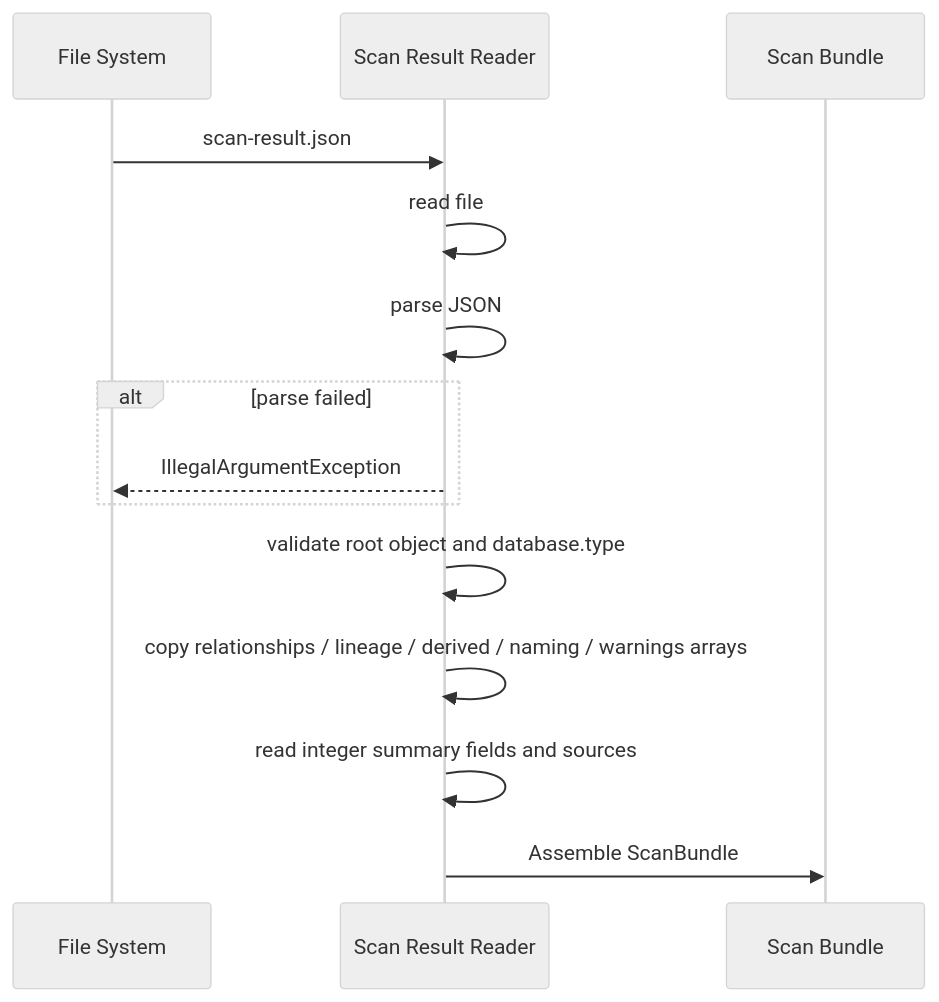
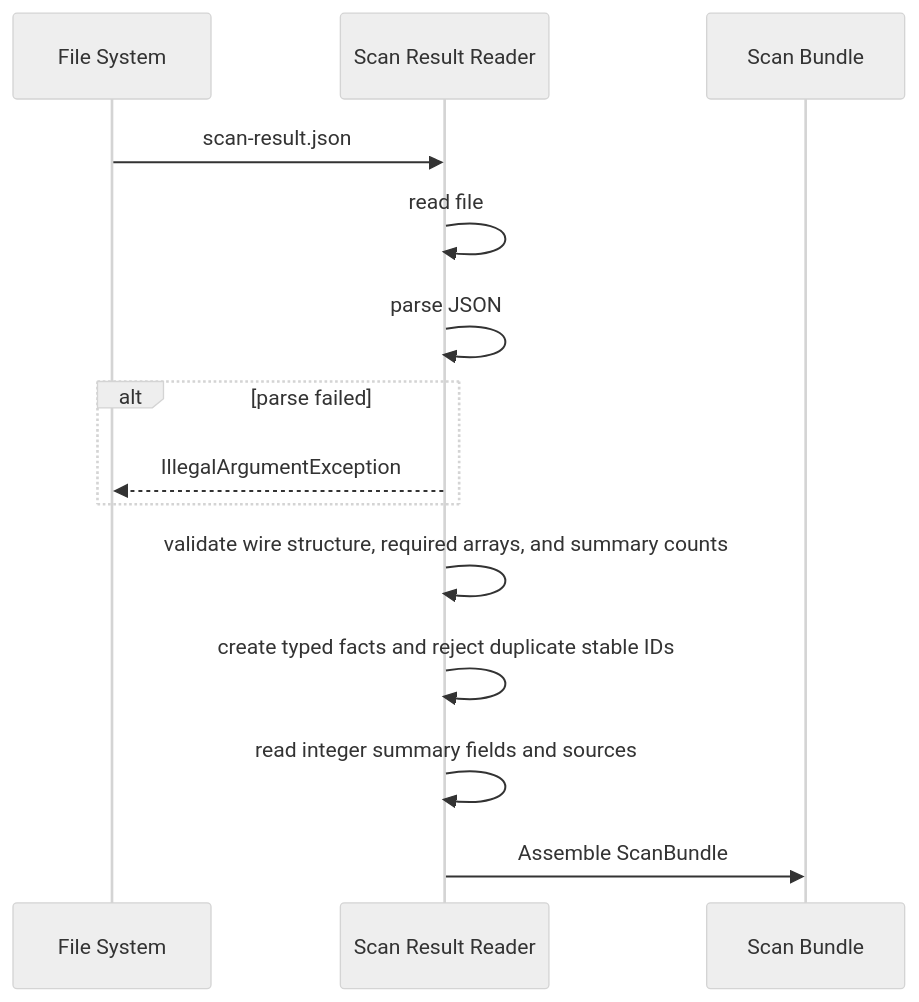
Before and after one commit to xiaoguang/relation-detector: the fourth of 4 diagrams in docs/design/semantic-layer/01-scan-result-reader.md, drawn with Mermaid (neutral theme). The commit also changed other lines of this file and 50 other files, not shown here.

````diff
--- a/docs/design/semantic-layer/01-scan-result-reader.md
+++ b/docs/design/semantic-layer/01-scan-result-reader.md
@@ -227,17 +229,17 @@
 ```mermaid
 sequenceDiagram
     participant FS as File System
     participant SR as Scan Result Reader
     participant SB as Scan Bundle
 
     FS->>SR: scan-result.json
     SR->>SR: read file
     SR->>SR: parse JSON
     alt parse failed
         SR-->>FS: IllegalArgumentException
     end
-    SR->>SR: validate root object and database.type
-    SR->>SR: copy relationships / lineage / derived / naming / warnings arrays
+    SR->>SR: validate wire structure, required arrays, and summary counts
+    SR->>SR: create typed facts and reject duplicate stable IDs
     SR->>SR: read integer summary fields and sources
     SR->>SB: Assemble ScanBundle
 ```
````
